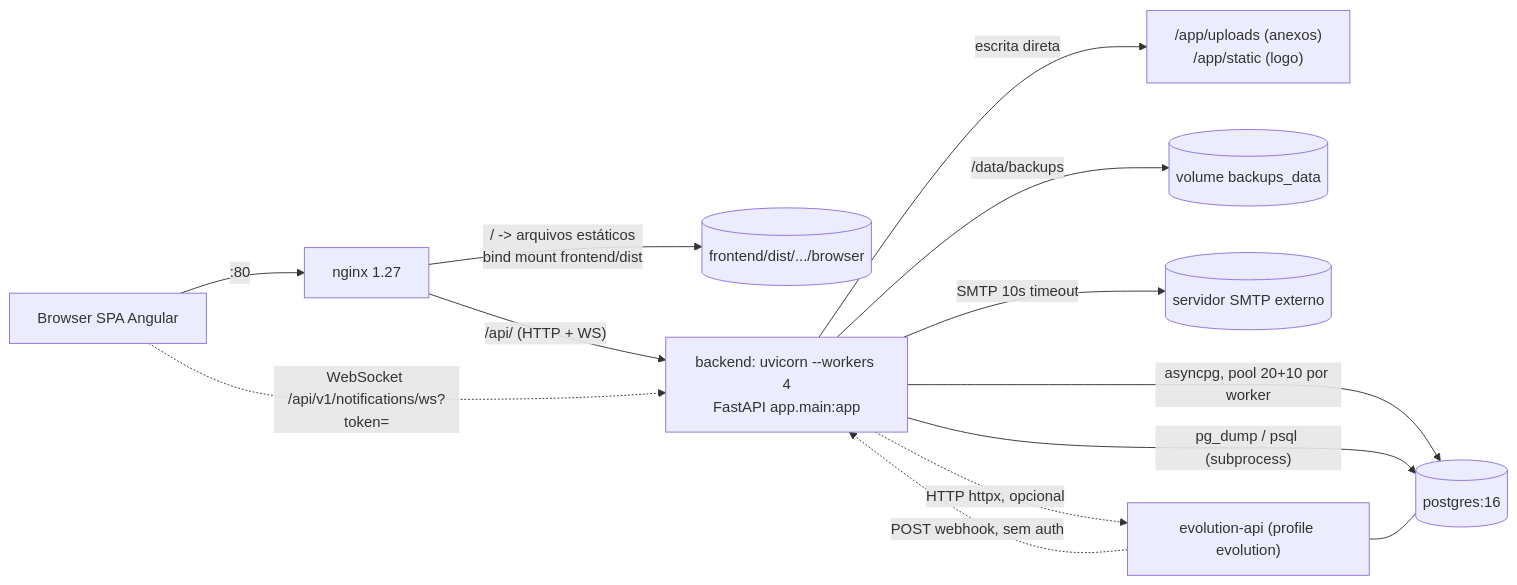
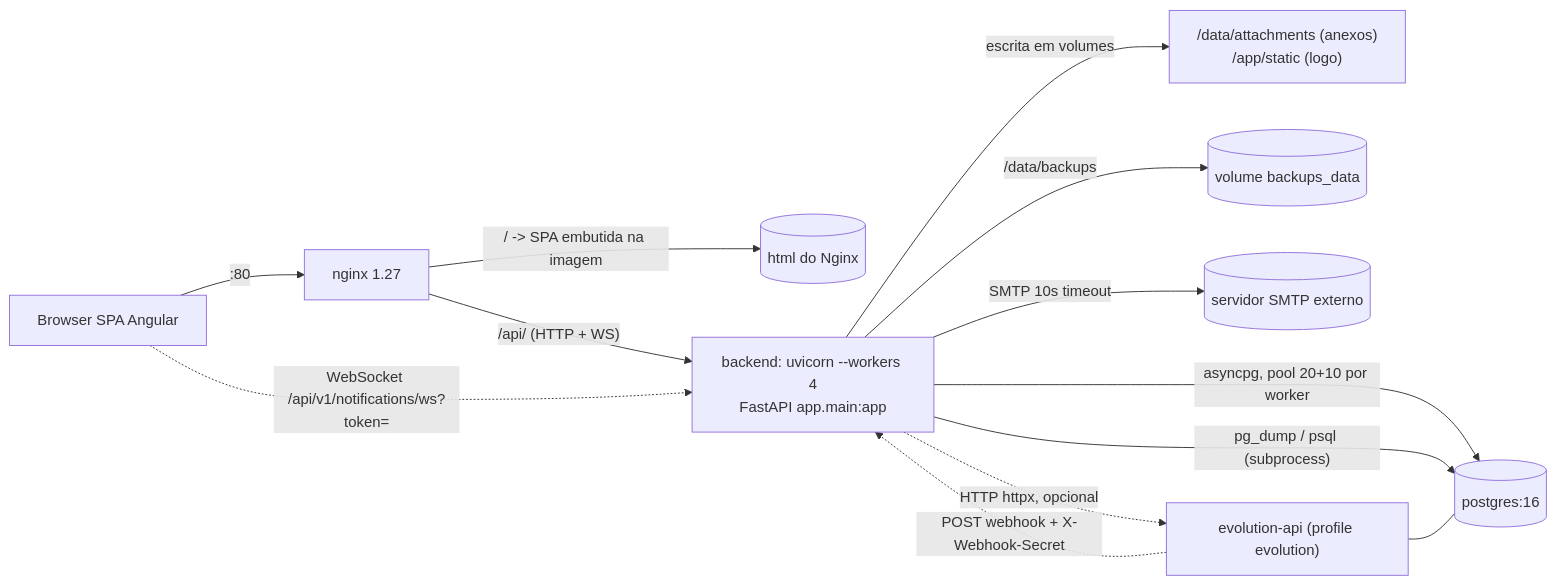
The first of 2 diagrams in docs/PROJECT_MAP.md (Pintanatalense/plataforma-gestao-ti), drawn with Mermaid before and after one commit. The commit also changed other lines of this file and 1 other file, not shown here.

````diff
--- a/docs/PROJECT_MAP.md
+++ b/docs/PROJECT_MAP.md
@@ -48,15 +48,15 @@
 ```mermaid
 flowchart LR
   B[Browser SPA Angular] -->|":80"| N[nginx 1.27]
-  N -->|"/ -> arquivos estáticos<br/>bind mount frontend/dist"| FS[(frontend/dist/.../browser)]
+  N -->|"/ -> SPA embutida na imagem"| FS[(html do Nginx)]
   N -->|"/api/ (HTTP + WS)"| A["backend: uvicorn --workers 4<br/>FastAPI app.main:app"]
   A -->|"asyncpg, pool 20+10 por worker"| P[(postgres:16)]
-  A -->|"escrita direta"| U["/app/uploads (anexos)<br/>/app/static (logo)"]
+  A -->|"escrita em volumes"| U["/data/attachments (anexos)<br/>/app/static (logo)"]
   A -->|"/data/backups"| BV[(volume backups_data)]
   A -->|"pg_dump / psql (subprocess)"| P
   A -->|"SMTP 10s timeout"| SMTP[(servidor SMTP externo)]
   A -.->|"HTTP httpx, opcional"| EVO["evolution-api (profile evolution)"]
-  EVO -.->|"POST webhook, sem auth"| A
+  EVO -.->|"POST webhook + X-Webhook-Secret"| A
   EVO --- P
   B -. "WebSocket /api/v1/notifications/ws?token=" .-> A
 ```
````
